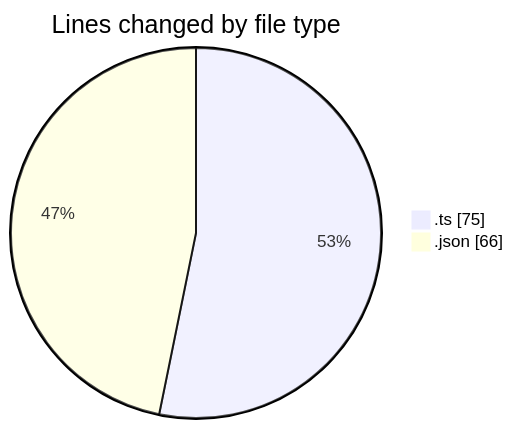
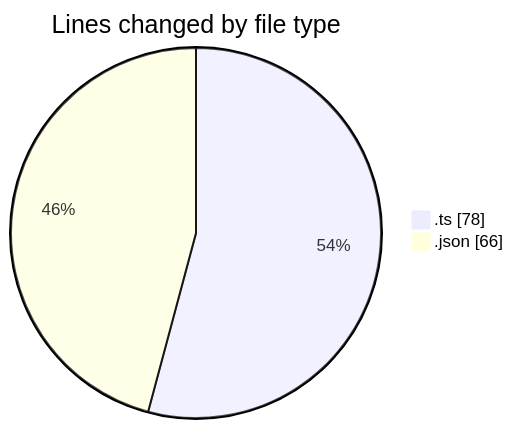
Before and after one commit to tmsrecording-cyber/code-tracking: the first of 2 diagrams in 2026-02-05/singularitybrainai/README.md, drawn with Mermaid. The commit also changed other lines of this file and 1 other file, not shown here.

````diff
--- a/2026-02-05/singularitybrainai/README.md
+++ b/2026-02-05/singularitybrainai/README.md
@@ -21,6 +21,6 @@
 ```mermaid
 pie showData
 title Lines changed by file type
-".ts" : 75
+".ts" : 78
 ".json" : 66
 ```
````
